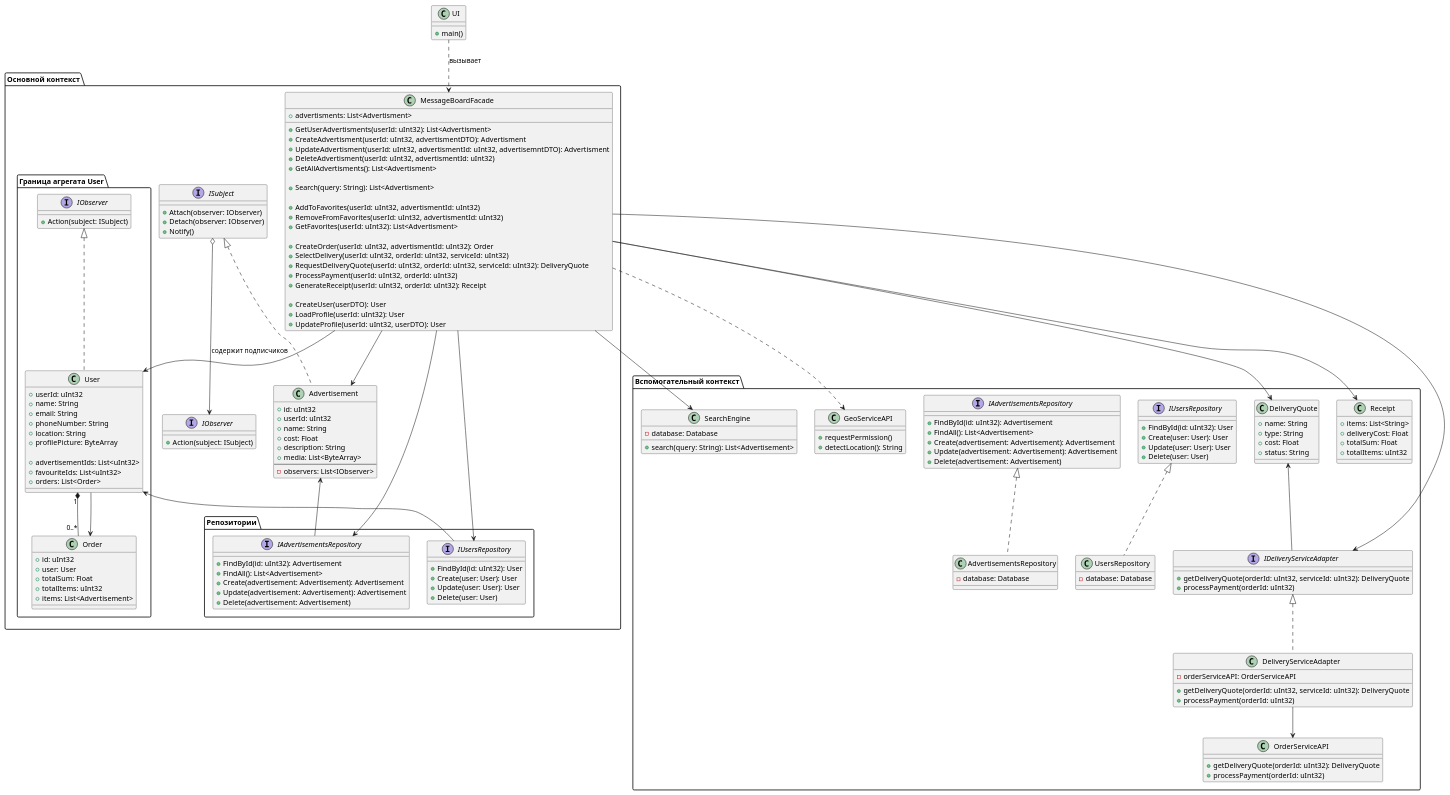
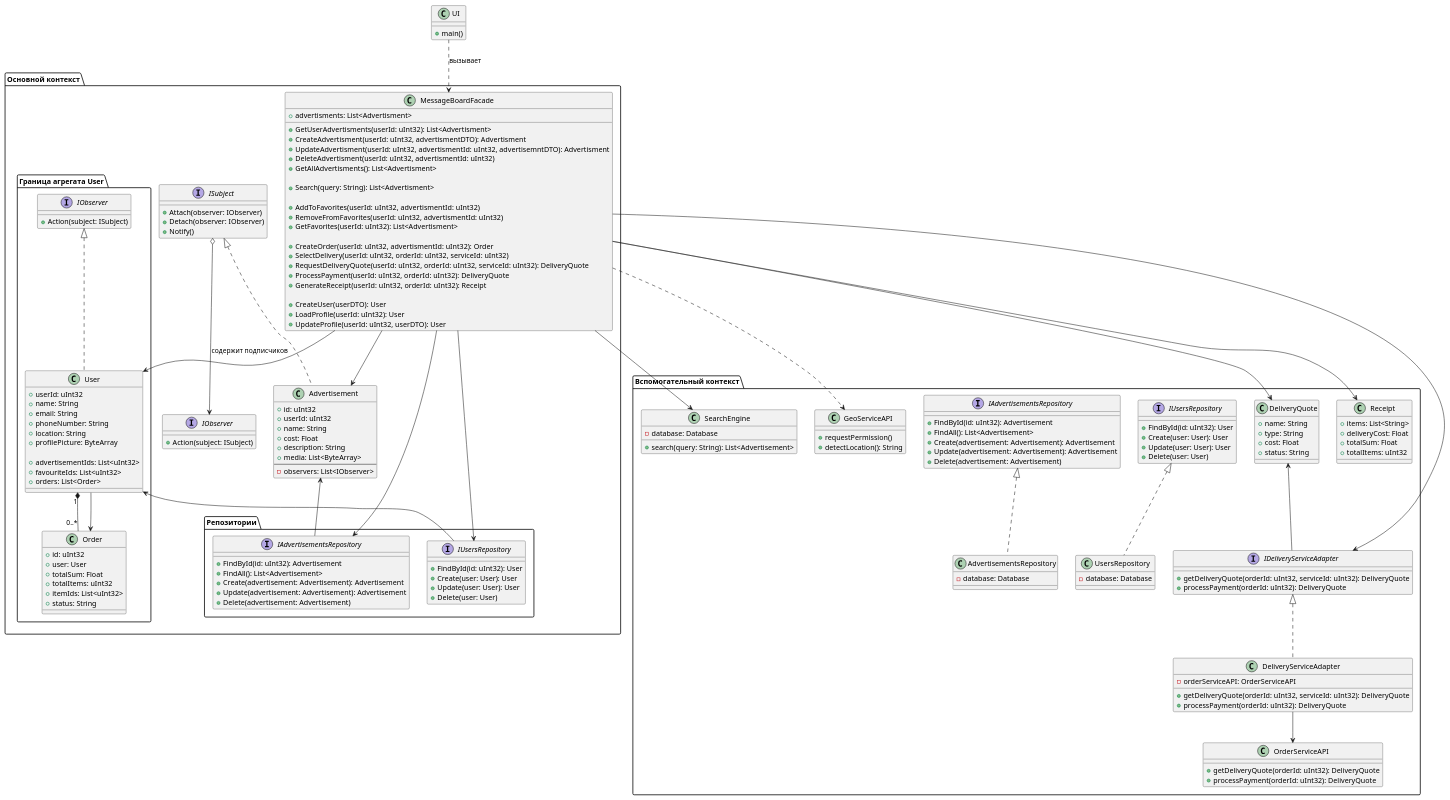
Before and after one commit to penamarth/bsbo-02-23_team3_var13_messboard: the diagram in Диаграмма предментой области (диаграмма классов).md, drawn with PlantUML.

Commit message:
Update Диаграмма предментой области (диаграмма классов).md

```diff
--- a/Диаграмма предментой области (диаграмма классов).md
+++ b/Диаграмма предментой области (диаграмма классов).md
@@ -36,7 +36,7 @@
   + CreateOrder(userId: uInt32, advertismentId: uInt32): Order
   + SelectDelivery(userId: uInt32, orderId: uInt32, serviceId: uInt32)
   + RequestDeliveryQuote(userId: uInt32, orderId: uInt32, serviceId: uInt32): DeliveryQuote
-  + ProcessPayment(userId: uInt32, orderId: uInt32)
+  + ProcessPayment(userId: uInt32, orderId: uInt32): DeliveryQuote
   + GenerateReceipt(userId: uInt32, orderId: uInt32): Receipt
 
   + CreateUser(userDTO): User
@@ -92,7 +92,8 @@
     + user: User
     + totalSum: Float
     + totalItems: uInt32
-    + items: List<Advertisement>
+    + itemIds: List<uInt32>
+    + status: String
   }
 
   interface IObserver {
@@ -118,7 +119,7 @@
 
 interface IDeliveryServiceAdapter {
   + getDeliveryQuote(orderId: uInt32, serviceId: uInt32): DeliveryQuote
-  + processPayment(orderId: uInt32)
+  + processPayment(orderId: uInt32): DeliveryQuote
 }
 
 class SearchEngine {
@@ -129,12 +130,12 @@
 class DeliveryServiceAdapter implements IDeliveryServiceAdapter {
   - orderServiceAPI: OrderServiceAPI
   + getDeliveryQuote(orderId: uInt32, serviceId: uInt32): DeliveryQuote
-  + processPayment(orderId: uInt32)
+  + processPayment(orderId: uInt32): DeliveryQuote
 }
 
 class OrderServiceAPI {
   + getDeliveryQuote(orderId: uInt32): DeliveryQuote
-  + processPayment(orderId: uInt32)
+  + processPayment(orderId: uInt32): DeliveryQuote
 }
 
 class GeoServiceAPI {
```
